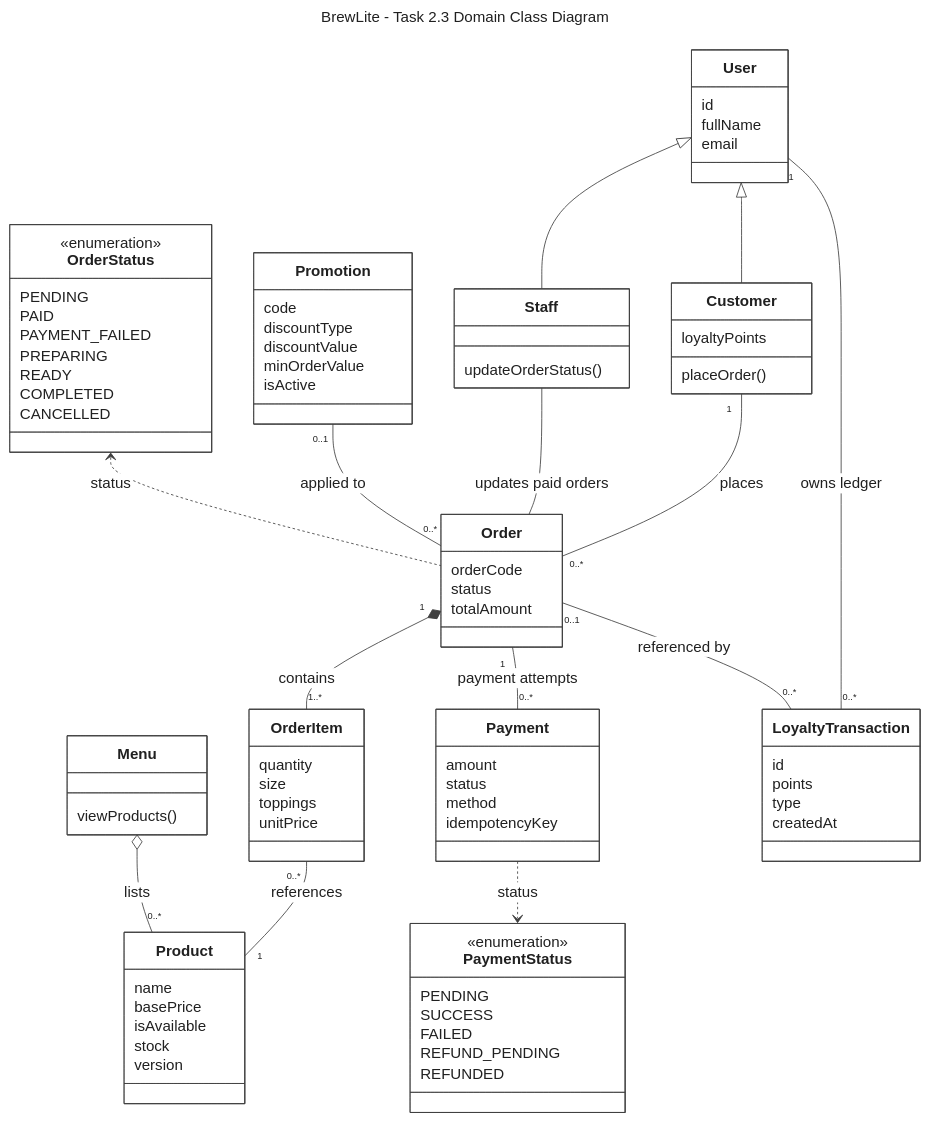
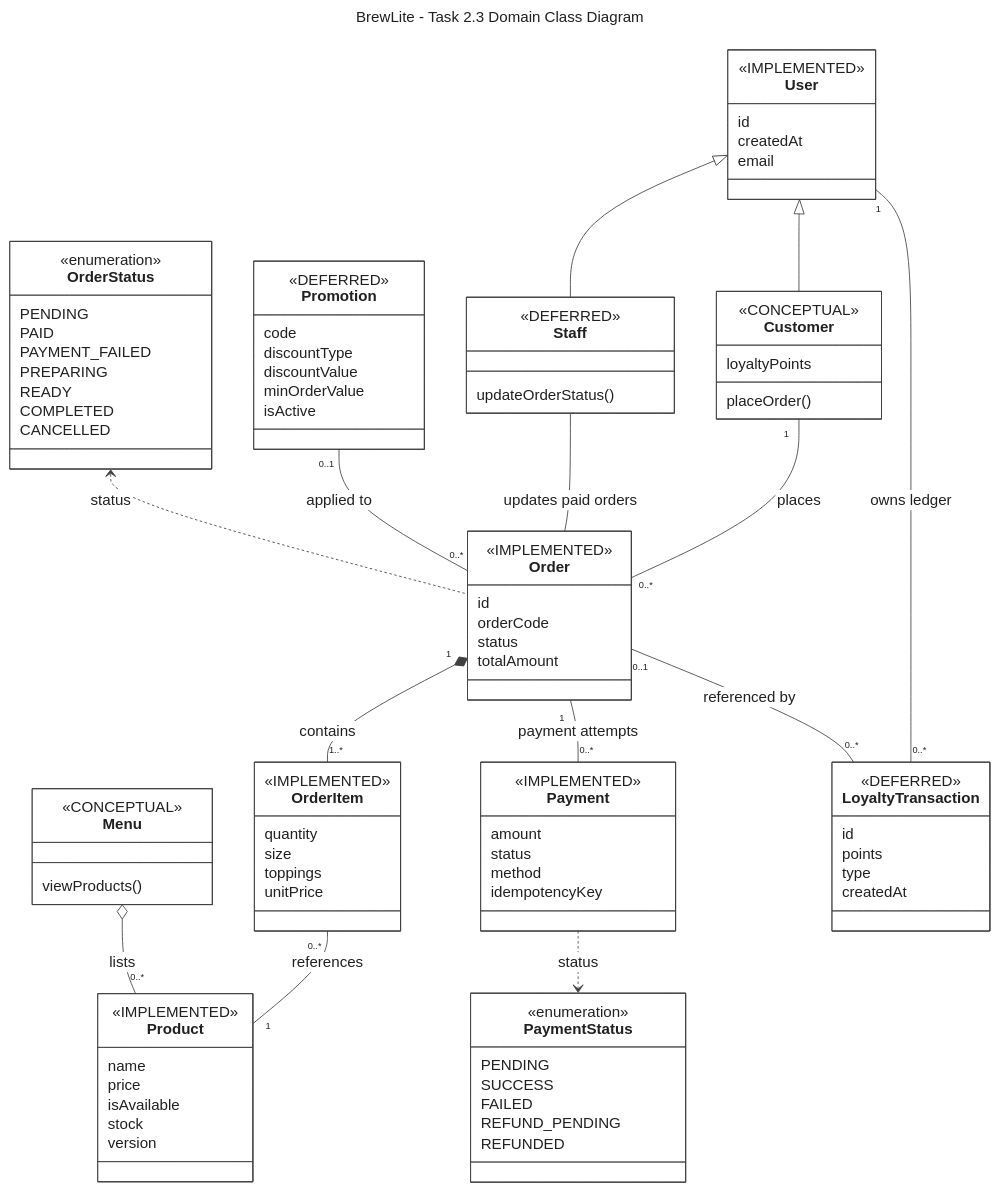
One commit to vohuunghiaah/brewlite changed the diagram in docs/diagram/ClassDiagram-Conceptual.mmd. Above: the diagram before and after it, drawn with Mermaid. The commit also changed 20 other files, not shown here.

Commit message:
docs(uml): align transaction flows, domain scope and Lightsail with implementation

```diff
--- a/docs/diagram/ClassDiagram-Conceptual.mmd
+++ b/docs/diagram/ClassDiagram-Conceptual.mmd
@@ -1,120 +1,131 @@
 ---
 title: BrewLite - Task 2.3 Domain Class Diagram
 config:
   htmlLabels: false
   deterministicIds: true
   deterministicIDSeed: brewlite-conceptual
   look: classic
   handDrawnSeed: 42
   theme: base
   # Explicit SVG paint avoids transparent-marker differences across renderers.
   themeCSS: |
     .marker.extension path, .marker.aggregation path { fill: #ffffff !important; stroke: #404040 !important; stroke-width: 1; }
     .marker.composition path { fill: #404040 !important; stroke: #404040 !important; stroke-width: 1; }
   themeVariables:
     fontFamily: Arial
     fontSize: 18px
     primaryColor: '#ffffff'
     primaryTextColor: '#202020'
     primaryBorderColor: '#404040'
     lineColor: '#404040'
     secondaryColor: '#ffffff'
     tertiaryColor: '#ffffff'
   class:
     hideEmptyMembersBox: true
     useMaxWidth: false
 ---
 classDiagram
   direction TB
   %% Official Task 2.3 domain view; SRS 1.4.0 / UC-04 / UC-10.
   %% Customer/Staff are conceptual roles, not implemented subclasses.
   %% Menu is a view of existing products (FR-01), not a new persistent entity.
   class User {
+    <<IMPLEMENTED>>
     id
-    fullName
+    createdAt
     email
   }
   class Customer {
+    <<CONCEPTUAL>>
     loyaltyPoints
     placeOrder()
   }
   class Staff {
+    <<DEFERRED>>
     updateOrderStatus()
   }
   class Order {
+    <<IMPLEMENTED>>
+    id
     orderCode
     status
     totalAmount
   }
   class OrderItem {
+    <<IMPLEMENTED>>
     quantity
     size
     toppings
     unitPrice
   }
   class Product {
+    <<IMPLEMENTED>>
     name
-    basePrice
+    price
     isAvailable
     stock
     version
   }
   class Payment {
+    <<IMPLEMENTED>>
     amount
     status
     method
     idempotencyKey
   }
   class Menu {
+    <<CONCEPTUAL>>
     viewProducts()
   }
 
   class Promotion {
+    <<DEFERRED>>
     code
     discountType
     discountValue
     minOrderValue
     isActive
   }
   class LoyaltyTransaction {
+    <<DEFERRED>>
     id
     points
     type
     createdAt
   }
   class OrderStatus {
     <<enumeration>>
     PENDING
     PAID
     PAYMENT_FAILED
     PREPARING
     READY
     COMPLETED
     CANCELLED
   }
   class PaymentStatus {
     <<enumeration>>
     PENDING
     SUCCESS
     FAILED
     REFUND_PENDING
     REFUNDED
   }
 
   User <|-- Customer
   User <|-- Staff
   Customer "1" -- "0..*" Order : places
   Staff -- Order : updates paid orders
   Order "1" *-- "1..*" OrderItem : contains
   %% Multiple attempts do not permit multiple successful settlements of one Order.
   Order "1" -- "0..*" Payment : payment attempts
   OrderItem "0..*" -- "1" Product : references
   Menu o-- "0..*" Product : lists
   %% Promotion is linked by promoCode in the reference schema, not an ORM FK.
   Promotion "0..1" -- "0..*" Order : applied to
   User "1" -- "0..*" LoyaltyTransaction : owns ledger
   Order "0..1" -- "0..*" LoyaltyTransaction : referenced by
   OrderStatus <.. Order : status
   Payment ..> PaymentStatus : status
-  %% Refund states are target design (GAP-01); loyalty rate remains GAP-03.
+  %% Refund states implemented by PaymentsService; loyalty ledger deferred.
   %% Staff assignment and number of Menu views are unspecified, not DB cardinalities.
```
